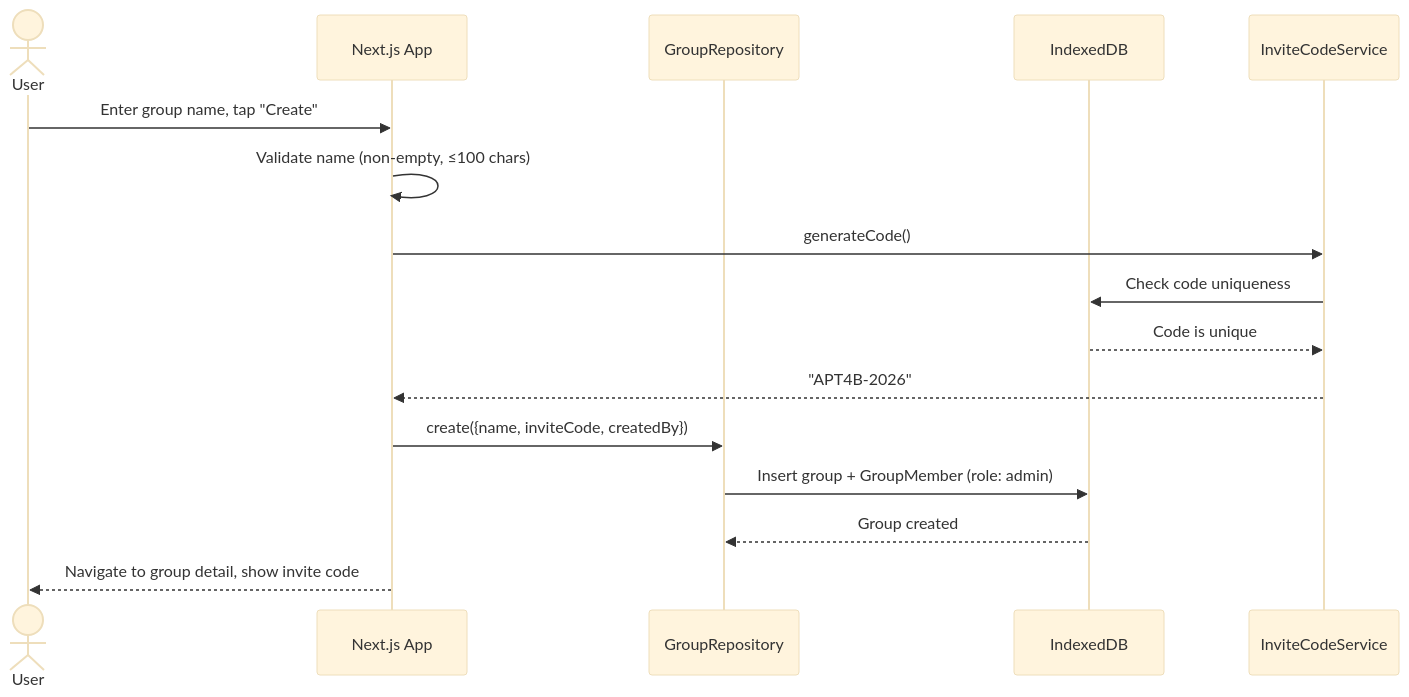
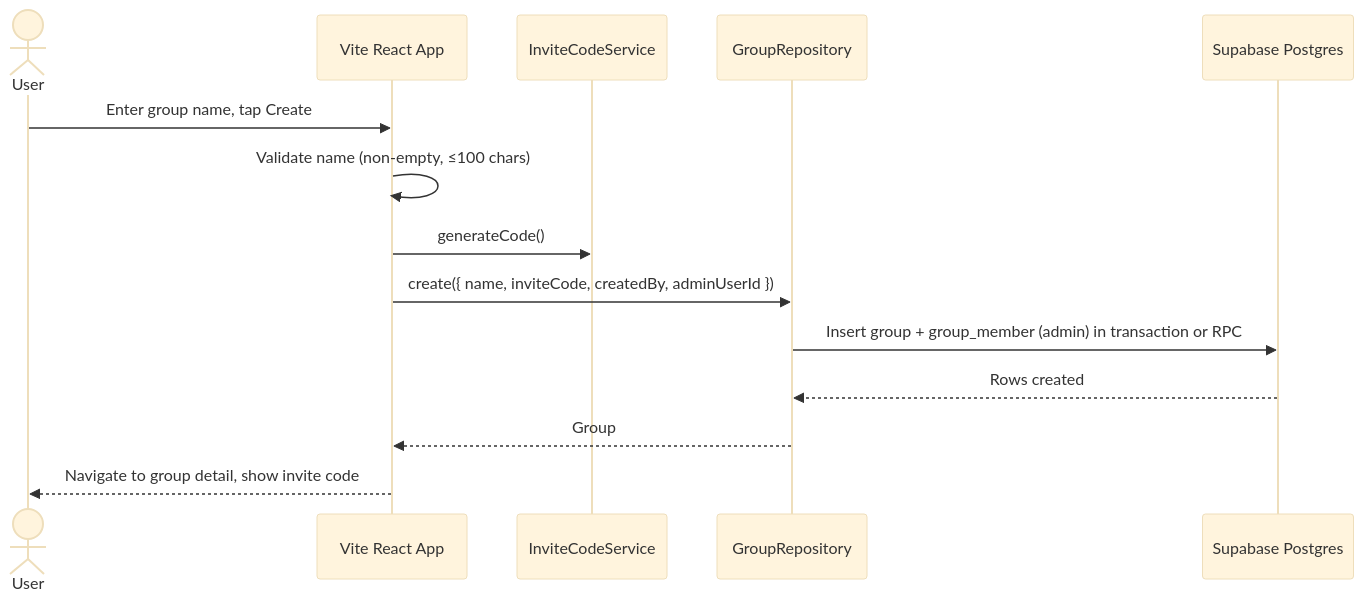
One commit to pushpoth/sharesquare changed the fourth of 9 diagrams in agentdocs/design.md. Above: the diagram before and after it, drawn with Mermaid (base theme). The commit also changed other lines of this file and 44 other files, not shown here.

First line of the commit message:
feat: migrate from Next.js to Vite SPA (TASK-001)

````diff
--- a/agentdocs/design.md
+++ b/agentdocs/design.md
@@ -104,19 +103,17 @@
 ```mermaid
 sequenceDiagram
-    actor User
-    participant App as Next.js App
-    participant GRepo as GroupRepository
-    participant IDB as IndexedDB
-    participant InvSvc as InviteCodeService
+  actor User
+  participant App as Vite React App
+  participant InvSvc as InviteCodeService
+  participant GRepo as GroupRepository
+  participant SBDB as Supabase Postgres
 
-    User->>App: Enter group name, tap "Create"
-    App->>App: Validate name (non-empty, ≤100 chars)
-    App->>InvSvc: generateCode()
-    InvSvc->>IDB: Check code uniqueness
-    IDB-->>InvSvc: Code is unique
-    InvSvc-->>App: "APT4B-2026"
-    App->>GRepo: create({name, inviteCode, createdBy})
-    GRepo->>IDB: Insert group + GroupMember (role: admin)
-    IDB-->>GRepo: Group created
-    App-->>User: Navigate to group detail, show invite code
+  User->>App: Enter group name, tap Create
+  App->>App: Validate name (non-empty, ≤100 chars)
+  App->>InvSvc: generateCode()
+  App->>GRepo: create({ name, inviteCode, createdBy, adminUserId })
+  GRepo->>SBDB: Insert group + group_member (admin) in transaction or RPC
+  SBDB-->>GRepo: Rows created
+  GRepo-->>App: Group
+  App-->>User: Navigate to group detail, show invite code
 ```
````
